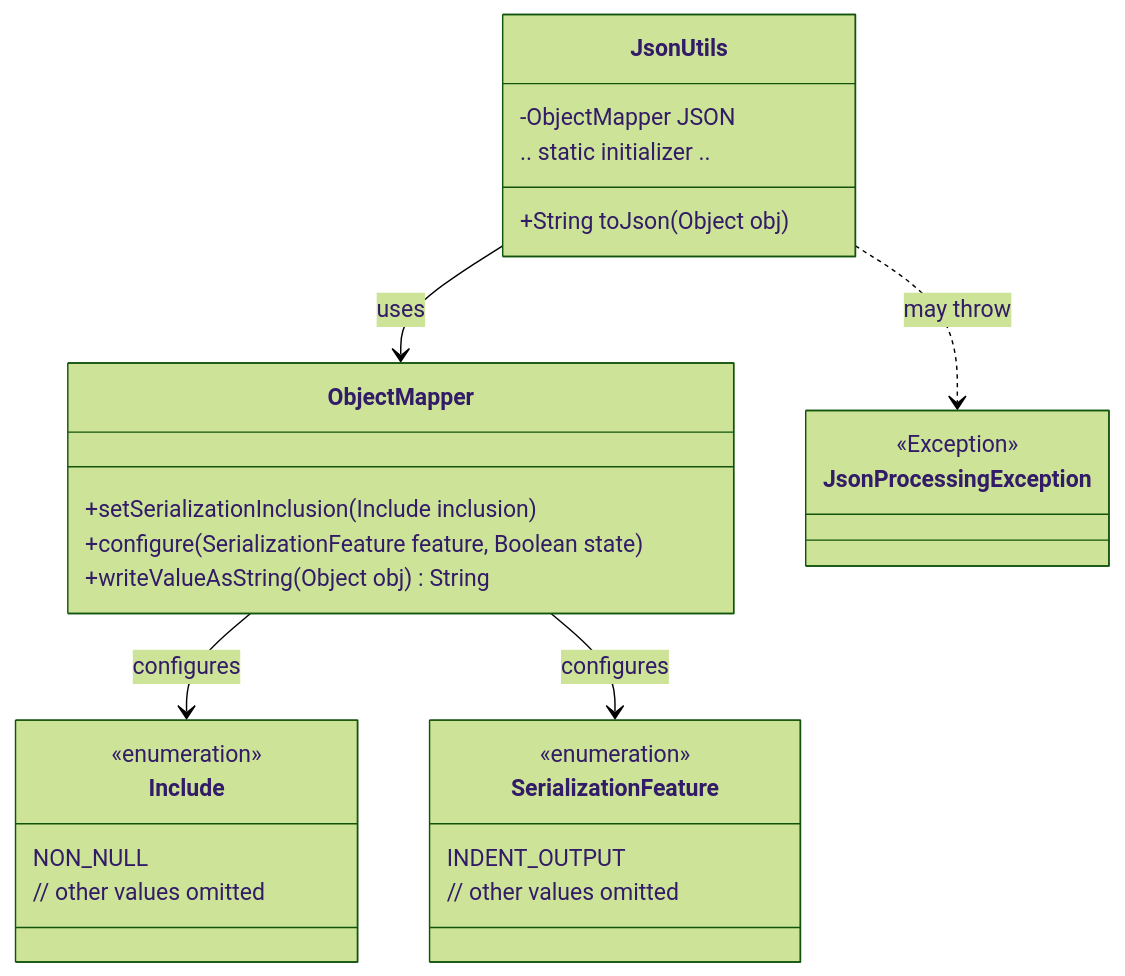
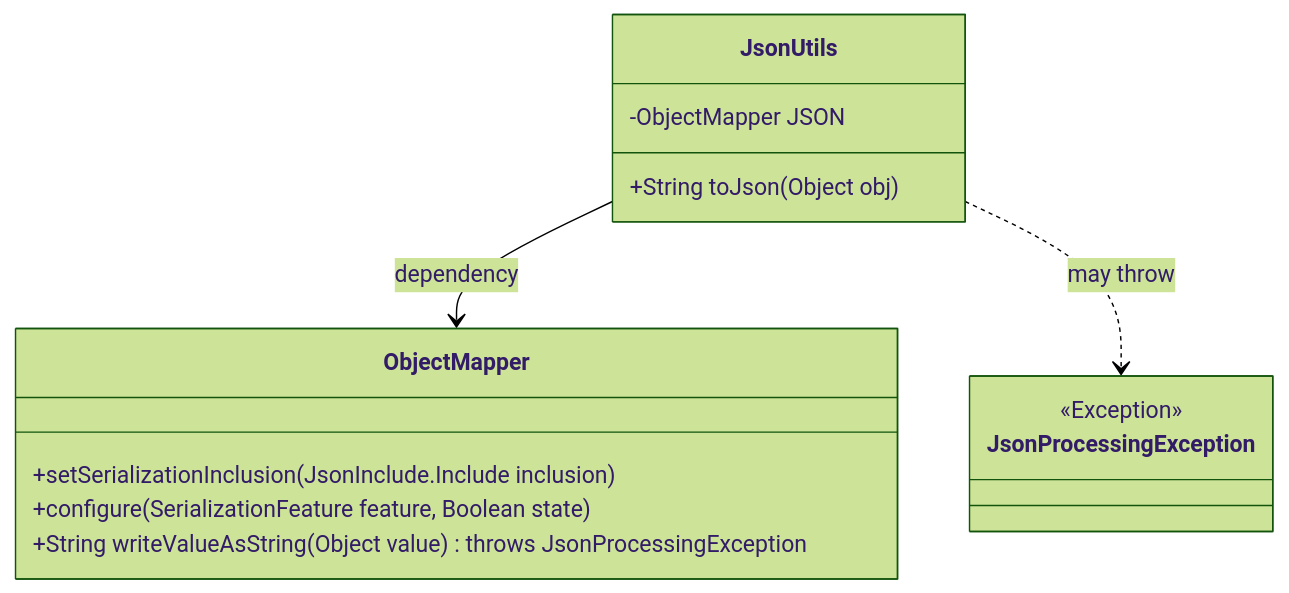
One commit to v-wjrong/binary_weixin-java-miniapp-demo changed the first of 2 diagrams in docs/en/docs/src/main/java/com/github/binarywang/demo/wx/miniapp/utils/JsonUtils.md. Above: the diagram before and after it, drawn with Mermaid (forest theme). The commit also changed other lines of this file and 50 other files, not shown here.

````diff
--- a/docs/en/docs/src/main/java/com/github/binarywang/demo/wx/miniapp/utils/JsonUtils.md
+++ b/docs/en/docs/src/main/java/com/github/binarywang/demo/wx/miniapp/utils/JsonUtils.md
@@ -36,31 +36,20 @@
 ```mermaid
 classDiagram
     class JsonUtils {
         -ObjectMapper JSON
         +String toJson(Object obj)
-        .. static initializer ..
     }
+
     class ObjectMapper {
-        +setSerializationInclusion(Include inclusion)
+        +setSerializationInclusion(JsonInclude.Include inclusion)
         +configure(SerializationFeature feature, Boolean state)
-        +writeValueAsString(Object obj) String
+        +String writeValueAsString(Object value) throws JsonProcessingException
     }
-    class Include {
-        <<enumeration>>
-        NON_NULL
-        // other values omitted
-    }
-    class SerializationFeature {
-        <<enumeration>>
-        INDENT_OUTPUT
-        // other values omitted
-    }
+
     class JsonProcessingException {
         <<Exception>>
     }
 
-    JsonUtils --> ObjectMapper : uses
-    ObjectMapper --> Include : configures
-    ObjectMapper --> SerializationFeature : configures
+    JsonUtils --> ObjectMapper : dependency
     JsonUtils ..> JsonProcessingException : may throw
 ```
````
